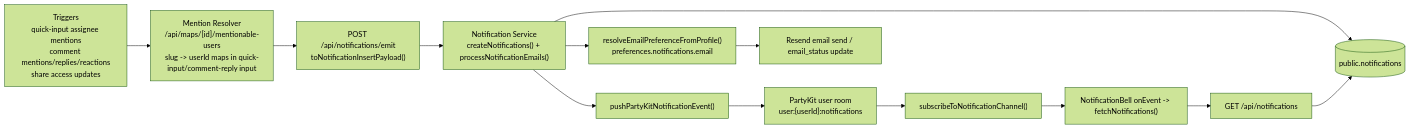
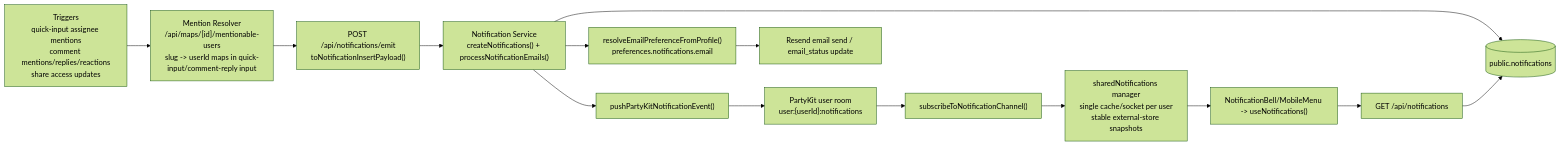
One commit to kudziajaroslaw98/moistus-ai changed the second of 6 diagrams in docs/CODEBASE_MAP.md. Above: the diagram before and after it, drawn with Mermaid (forest theme). The commit also changed other lines of this file and 18 other files, not shown here.

````diff
--- a/docs/CODEBASE_MAP.md
+++ b/docs/CODEBASE_MAP.md
@@ -87,15 +88,16 @@
 ```mermaid
 flowchart LR
     Triggers["Triggers\nquick-input assignee mentions\ncomment mentions/replies/reactions\nshare access updates"] --> MentionResolver["Mention Resolver\n/api/maps/[id]/mentionable-users\nslug -> userId maps in quick-input/comment-reply input"]
     MentionResolver --> Emit["POST /api/notifications/emit\ntoNotificationInsertPayload()"]
     Emit --> NotificationService["Notification Service\ncreateNotifications() + processNotificationEmails()"]
     NotificationService --> NotificationsTable[("public.notifications")]
     NotificationService --> PartyKitAdmin["pushPartyKitNotificationEvent()"]
     PartyKitAdmin --> UserChannel["PartyKit user room\nuser:{userId}:notifications"]
     UserChannel --> NotificationChannel["subscribeToNotificationChannel()"]
-    NotificationChannel --> InboxRefresh["NotificationBell onEvent -> fetchNotifications()"]
+    NotificationChannel --> SharedInbox["sharedNotifications manager\nsingle cache/socket per user\nstable external-store snapshots"]
+    SharedInbox --> InboxRefresh["NotificationBell/MobileMenu -> useNotifications()"]
     InboxRefresh --> NotificationsApi["GET /api/notifications"]
     NotificationsApi --> NotificationsTable
     NotificationService --> EmailPreference["resolveEmailPreferenceFromProfile()\npreferences.notifications.email"]
     EmailPreference --> Resend["Resend email send / email_status update"]
 ```
````
